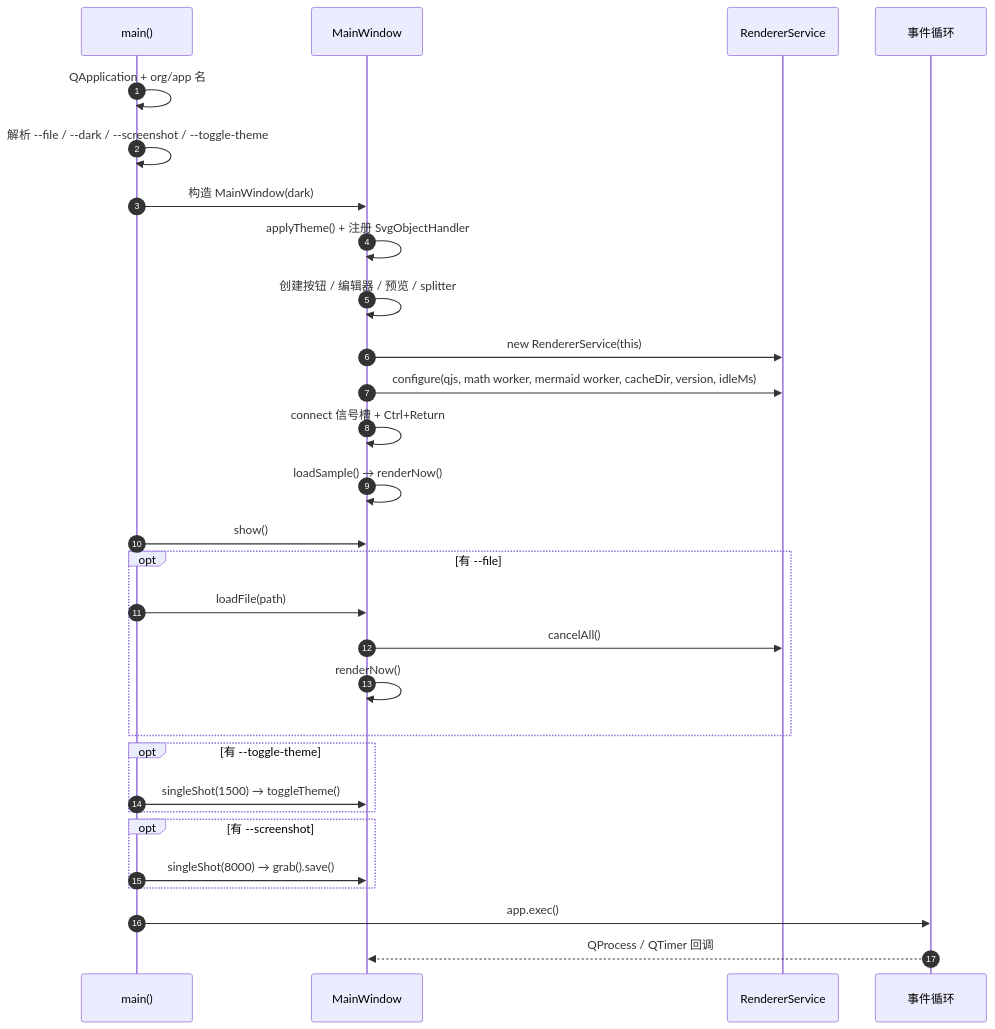
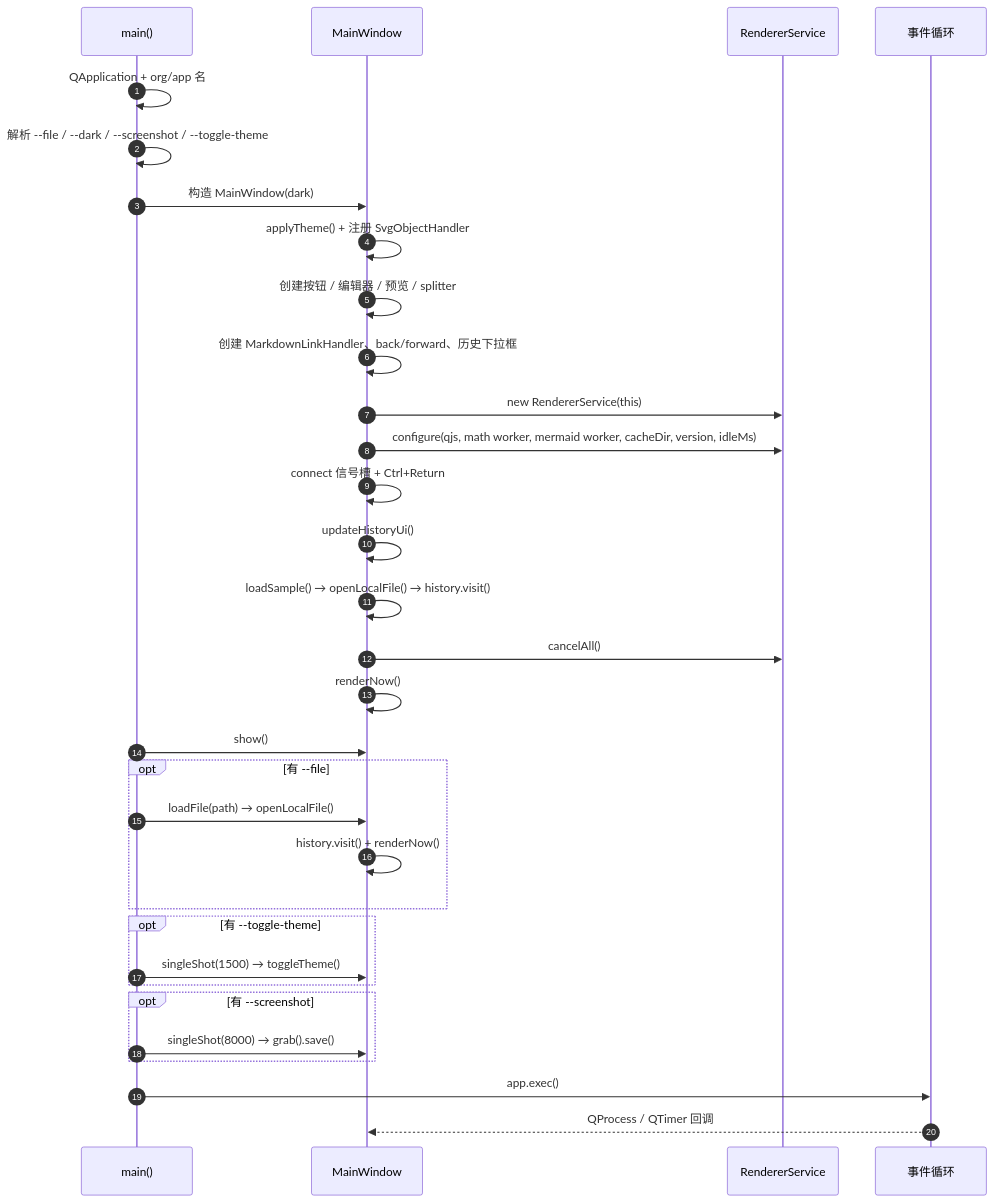
One commit to iLogIng/qt-rich-text-renderer changed the first of 9 diagrams in docs/FLOW.md. Above: the diagram before and after it, drawn with Mermaid. The commit also changed other lines of this file and 18 other files, not shown here.

````diff
--- a/docs/FLOW.md
+++ b/docs/FLOW.md
@@ -11,32 +11,35 @@
 ```mermaid
 sequenceDiagram
     autonumber
     participant M as main()
     participant W as MainWindow
     participant S as RendererService
     participant E as 事件循环
 
     M->>M: QApplication + org/app 名
     M->>M: 解析 --file / --dark / --screenshot / --toggle-theme
     M->>W: 构造 MainWindow(dark)
     W->>W: applyTheme() + 注册 SvgObjectHandler
     W->>W: 创建按钮 / 编辑器 / 预览 / splitter
+    W->>W: 创建 MarkdownLinkHandler、back/forward、历史下拉框
     W->>S: new RendererService(this)
     W->>S: configure(qjs, math worker, mermaid worker, cacheDir, version, idleMs)
     W->>W: connect 信号槽 + Ctrl+Return
-    W->>W: loadSample() → renderNow()
+    W->>W: updateHistoryUi()
+    W->>W: loadSample() → openLocalFile() → history.visit()
+    W->>S: cancelAll()
+    W->>W: renderNow()
     M->>W: show()
     opt 有 --file
-        M->>W: loadFile(path)
-        W->>S: cancelAll()
-        W->>W: renderNow()
+        M->>W: loadFile(path) → openLocalFile()
+        W->>W: history.visit() + renderNow()
     end
     opt 有 --toggle-theme
         M->>W: singleShot(1500) → toggleTheme()
     end
     opt 有 --screenshot
         M->>W: singleShot(8000) → grab().save()
     end
     M->>E: app.exec()
     E-->>W: QProcess / QTimer 回调
 ```
````
